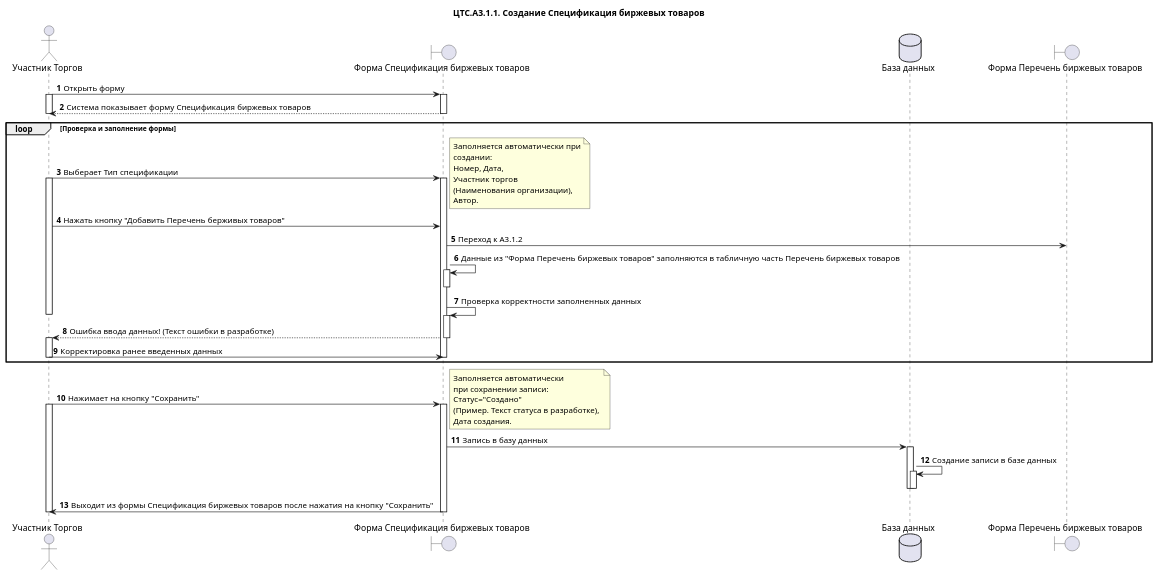
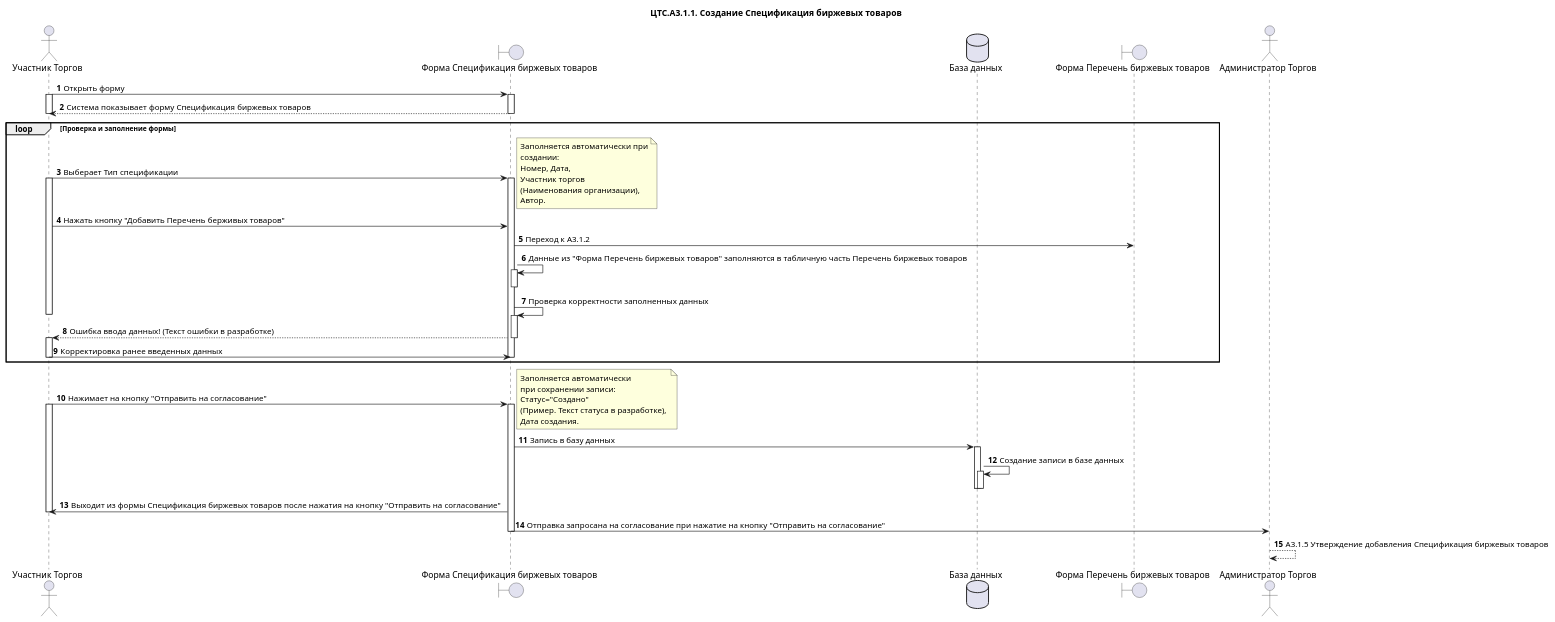
One commit to moaxmoaxpxrf4jag/CTS.Documentation changed the diagram in Project solutions/БП. Диаграммы/A3.Управление Каталогом ТРУ/A3.1.Допуск товара к торгам/ЦТС.А3.1.1.Создание Спецификация биржевых товаров.wsd. Above: the diagram before and after it, drawn with PlantUML. The commit also changed 1 other file, not shown here.

```diff
--- a/Project solutions/БП. Диаграммы/A3.Управление Каталогом ТРУ/A3.1.Допуск товара к торгам/ЦТС.А3.1.1.Создание Спецификация биржевых товаров.wsd
+++ b/Project solutions/БП. Диаграммы/A3.Управление Каталогом ТРУ/A3.1.Допуск товара к торгам/ЦТС.А3.1.1.Создание Спецификация биржевых товаров.wsd
@@ -1,71 +1,77 @@
 @startuml "ЦТС.А3.1 Допуск товара к торгам"
 title "ЦТС.А3.1.1. Создание Спецификация биржевых товаров"
 actor "Участник Торгов" as User
 boundary "Форма Спецификация биржевых товаров" as SpecificationForm
 database "База данных" as Database
 boundary "Форма Перечень биржевых товаров" as SpecificationCommoditiesForm
+actor "Администратор Торгов" as UserCTS
 
 autonumber
 User -> SpecificationForm: Открыть форму
 activate User
 activate SpecificationForm
 
 SpecificationForm-->User: Система показывает форму Спецификация биржевых товаров
 deactivate User
 deactivate SpecificationForm
 
 loop Проверка и заполнение формы
 
 User -> SpecificationForm: Выберает Тип спецификации
 note right
     Заполняется автоматически при
     создании: 
     Номер, Дата, 
     Участник торгов
     (Наименования организации), 
     Автор.
  end note
 activate User
 activate SpecificationForm
 
 User -> SpecificationForm: Нажать кнопку "Добавить Перечень берживых товаров"
 SpecificationForm -> SpecificationCommoditiesForm: Переход к А3.1.2
 SpecificationForm -> SpecificationForm: Данные из "Форма Перечень биржевых товаров" заполняются в табличную часть Перечень биржевых товаров
 activate SpecificationForm
 deactivate SpecificationForm
 SpecificationForm -> SpecificationForm: Проверка корректности заполненных данных 
 activate SpecificationForm
 deactivate User
 
 SpecificationForm --> User: Ошибка ввода данных! (Текст ошибки в разработке) 
 deactivate SpecificationForm
 activate User
 
 User->SpecificationForm: Корректировка ранее введенных данных
 deactivate User
 deactivate SpecificationForm
 end
 
 
-User -> SpecificationForm: Нажимает на кнопку "Cохранить"
+User -> SpecificationForm: Нажимает на кнопку "Отправить на согласование"
 activate SpecificationForm
 activate User
 note right
     Заполняется автоматически 
     при сохранении записи: 
     Статус="Создано"
     (Пример. Текст статуса в разработке), 
     Дата создания.
 end note
 SpecificationForm->Database: Запись в базу данных
 
 
 activate Database
 Database->Database: Создание записи в базе данных
 activate Database
 deactivate Database
 deactivate Database
-SpecificationForm->User: Выходит из формы Спецификация биржевых товаров после нажатия на кнопку "Cохранить"
+SpecificationForm->User: Выходит из формы Спецификация биржевых товаров после нажатия на кнопку "Отправить на согласование"
+
+deactivate User
+
+SpecificationForm->UserCTS: Отправка запросана на согласование при нажатие на кнопку "Отправить на согласование"
 deactivate SpecificationForm
-deactivate User
+UserCTS-->UserCTS: А3.1.5 Утверждение добавления Спецификация биржевых товаров
+
 @enduml
```
